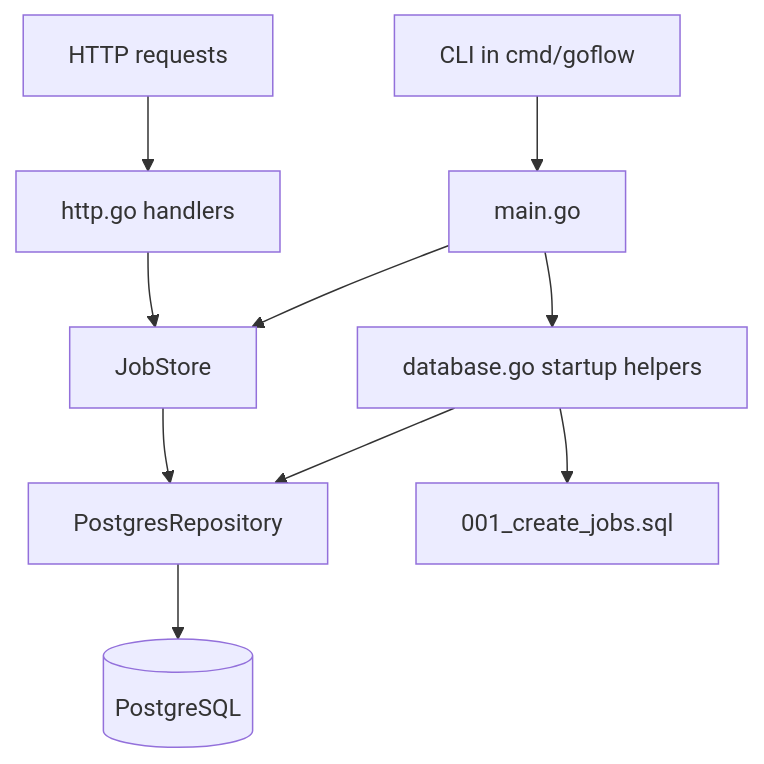
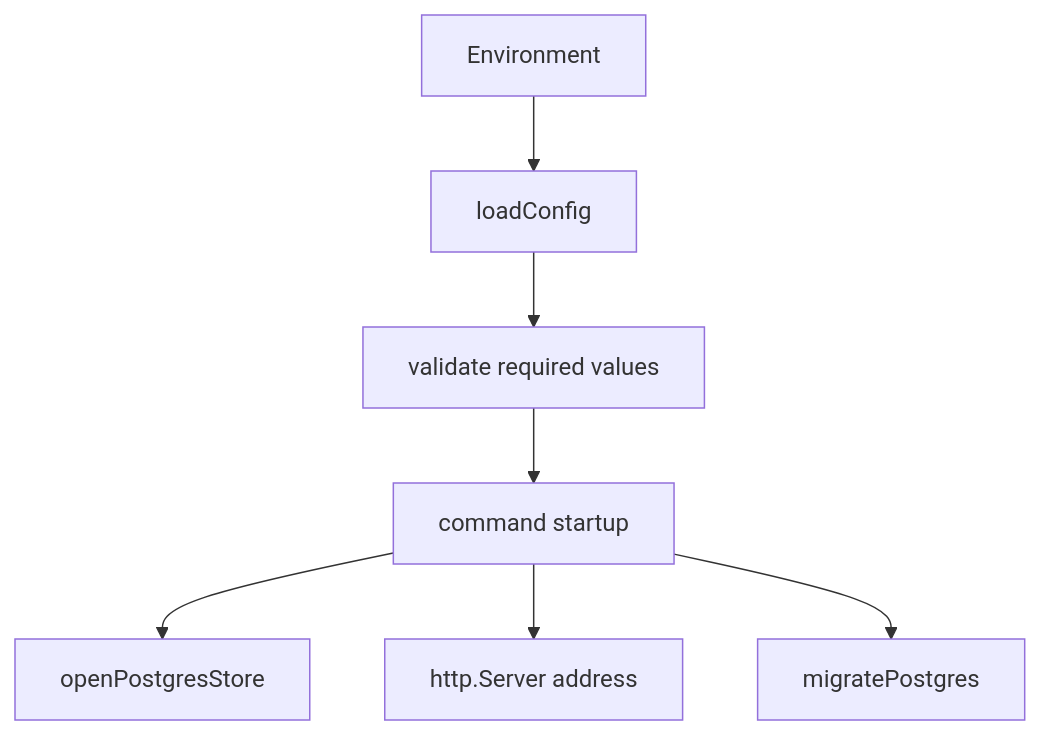
Diagram 16 of 20 in docs/design.md (Kaushik-2005/GoFlow), drawn with Mermaid before and after one commit. The commit also changed other lines of this file, not shown here.

````diff
--- a/docs/design.md
+++ b/docs/design.md
@@ -220,12 +438,9 @@
 ```mermaid
 flowchart TD
-    CLI[CLI in cmd/goflow] --> Main[main.go]
-    HTTP[HTTP requests] --> Handlers[http.go handlers]
-    Main --> DBSetup[database.go startup helpers]
-    Handlers --> Store[JobStore]
-    Main --> Store
-    Store --> PG[PostgresRepository]
-    DBSetup --> PG
-    PG --> DB[(PostgreSQL)]
-    DBSetup --> Migration[001_create_jobs.sql]
+    Env[Environment] --> Load[loadConfig]
+    Load --> Validate[validate required values]
+    Validate --> Main[command startup]
+    Main --> DB[openPostgresStore]
+    Main --> HTTP[http.Server address]
+    Main --> Migration[migratePostgres]
 ```
````
